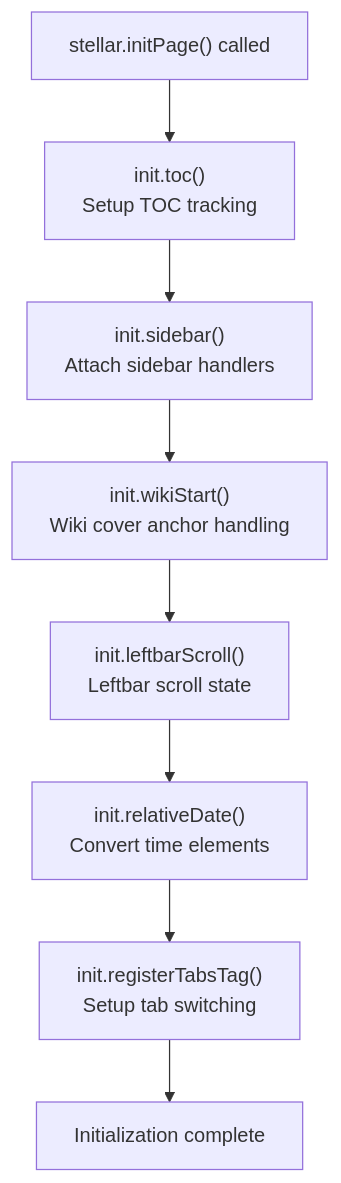
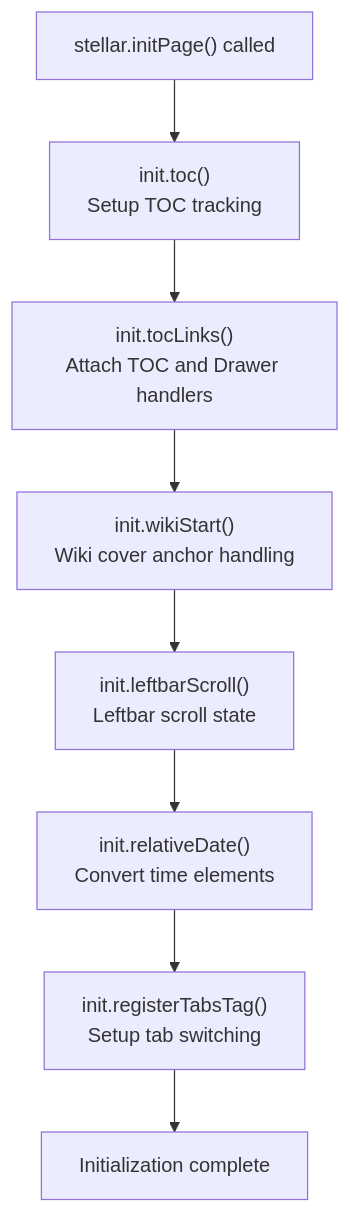
One commit to xaoxuu/hexo-theme-stellar changed the sixth of 7 diagrams in docs/knowledge/05-前端交互/core-js-init.md. Above: the diagram before and after it, drawn with Mermaid. The commit also changed other lines of this file and 287 other files, not shown here.

````diff
--- a/docs/knowledge/05-前端交互/core-js-init.md
+++ b/docs/knowledge/05-前端交互/core-js-init.md
@@ -351,21 +351,21 @@
 ```mermaid
 flowchart TD
     entry["stellar.initPage() called"]
     
     toc["init.toc()<br/>Setup TOC tracking"]
-    sidebar["init.sidebar()<br/>Attach sidebar handlers"]
+    tocLinks["init.tocLinks()<br/>Attach TOC and Drawer handlers"]
     wikistart["init.wikiStart()<br/>Wiki cover anchor handling"]
     leftbar["init.leftbarScroll()<br/>Leftbar scroll state"]
     reldate["init.relativeDate()<br/>Convert time elements"]
     tabs["init.registerTabsTag()<br/>Setup tab switching"]
     
     complete["Initialization complete"]
     
     entry --> toc
-    toc --> sidebar
-    sidebar --> wikistart
+    toc --> tocLinks
+    tocLinks --> wikistart
     wikistart --> leftbar
     leftbar --> reldate
     reldate --> tabs
     tabs --> complete
 ```
````
